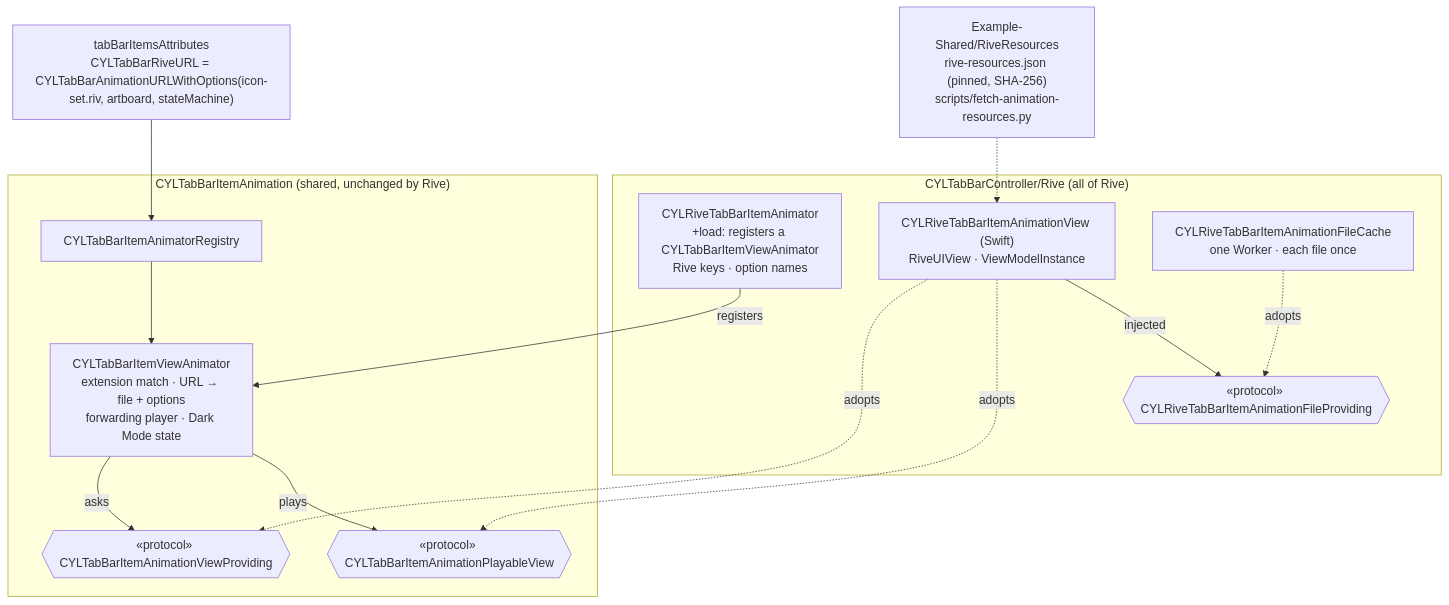
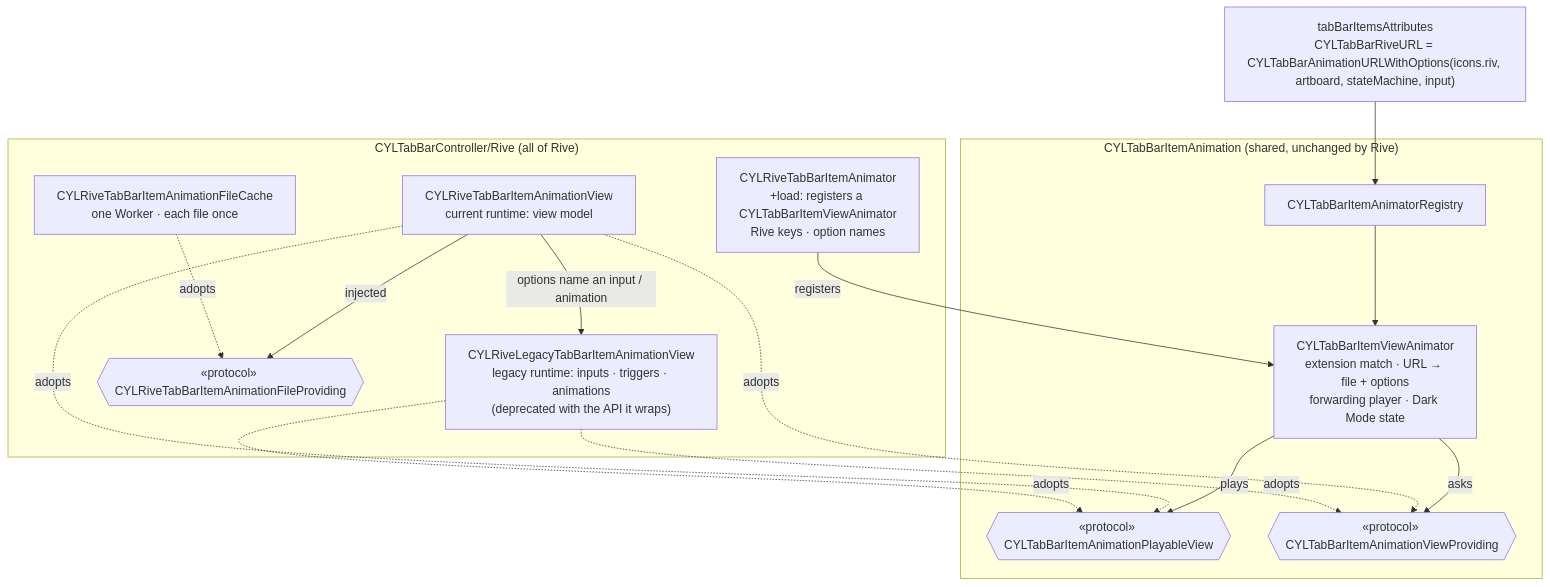
The diagram in docs/Rive-Animation.md (ChenYilong/CYLTabBarController), drawn with Mermaid before and after one commit. The commit also changed other lines of this file and 114 other files, not shown here.

First line of the commit message:
feat: ✨ Example-SwiftUI-Rive from the "SwiftUI Animations" course; Rive legacy runtime support

````diff
--- a/docs/Rive-Animation.md
+++ b/docs/Rive-Animation.md
@@ -76,25 +90,28 @@
 ```mermaid
 flowchart TB
-    attrs["tabBarItemsAttributes<br/>CYLTabBarRiveURL = CYLTabBarAnimationURLWithOptions(icon-set.riv, artboard, stateMachine)"]
+    attrs["tabBarItemsAttributes<br/>CYLTabBarRiveURL = CYLTabBarAnimationURLWithOptions(icons.riv, artboard, stateMachine, input)"]
     subgraph Shared["CYLTabBarItemAnimation (shared, unchanged by Rive)"]
         registry["CYLTabBarItemAnimatorRegistry"]
         viewAnimator["CYLTabBarItemViewAnimator<br/>extension match · URL → file + options<br/>forwarding player · Dark Mode state"]
         playable{{"«protocol» CYLTabBarItemAnimationPlayableView"}}
         providing{{"«protocol» CYLTabBarItemAnimationViewProviding"}}
     end
     subgraph RiveSubspec["CYLTabBarController/Rive (all of Rive)"]
         registration["CYLRiveTabBarItemAnimator<br/>+load: registers a CYLTabBarItemViewAnimator<br/>Rive keys · option names"]
-        view["CYLRiveTabBarItemAnimationView (Swift)<br/>RiveUIView · ViewModelInstance"]
+        view["CYLRiveTabBarItemAnimationView<br/>current runtime: view model"]
+        legacy["CYLRiveLegacyTabBarItemAnimationView<br/>legacy runtime: inputs · triggers · animations<br/>(deprecated with the API it wraps)"]
         files{{"«protocol» CYLRiveTabBarItemAnimationFileProviding"}}
         cache["CYLRiveTabBarItemAnimationFileCache<br/>one Worker · each file once"]
     end
     attrs --> registry --> viewAnimator
     registration -- "registers" --> viewAnimator
     viewAnimator -- "asks" --> providing
     viewAnimator -- "plays" --> playable
     view -. "adopts" .-> providing
     view -. "adopts" .-> playable
+    legacy -. "adopts" .-> providing
+    legacy -. "adopts" .-> playable
+    view -- "options name an input / animation" --> legacy
     view -- "injected" --> files
     cache -. "adopts" .-> files
-    res["Example-Shared/RiveResources<br/>rive-resources.json (pinned, SHA-256)<br/>scripts/fetch-animation-resources.py"] -.-> view
 ```
````
